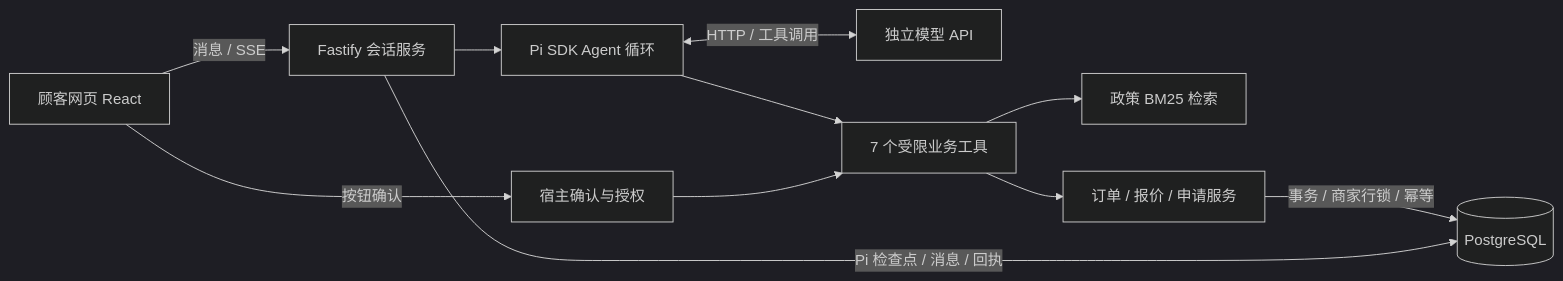
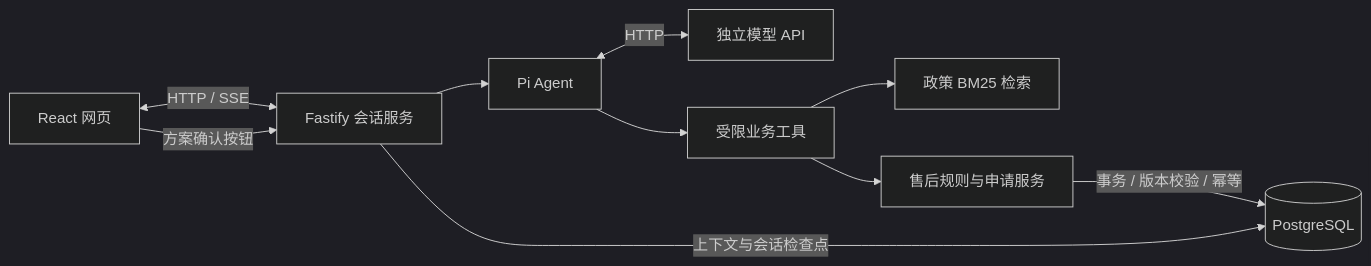
One commit to snod-tg/pi-aftercare changed the diagram in README.md. Above: the diagram before and after it, drawn with Mermaid (dark theme). The commit also changed other lines of this file and 72 other files, not shown here.

````diff
--- a/README.md
+++ b/README.md
@@ -72,13 +20,12 @@
 ```mermaid
 flowchart LR
-  U[顾客网页 React] -->|消息 / SSE| H[Fastify 会话服务]
-  U -->|按钮确认| G[宿主确认与授权]
-  H --> P[Pi SDK Agent 循环]
-  P <-->|HTTP / 工具调用| L[独立模型 API]
-  P --> T[7 个受限业务工具]
-  G --> T
-  T --> R[政策 BM25 检索]
-  T --> B[订单 / 报价 / 申请服务]
-  B -->|事务 / 商家行锁 / 幂等| DB[(PostgreSQL)]
-  H -->|Pi 检查点 / 消息 / 回执| DB
+  UI[React 网页] <-->|HTTP / SSE| API[Fastify 会话服务]
+  UI -->|方案确认按钮| API
+  API --> AGENT[Pi Agent]
+  AGENT <-->|HTTP| MODEL[独立模型 API]
+  AGENT --> TOOLS[受限业务工具]
+  TOOLS --> POLICY[政策 BM25 检索]
+  TOOLS --> DOMAIN[售后规则与申请服务]
+  DOMAIN -->|事务 / 版本校验 / 幂等| DB[(PostgreSQL)]
+  API -->|上下文与会话检查点| DB
 ```
````
